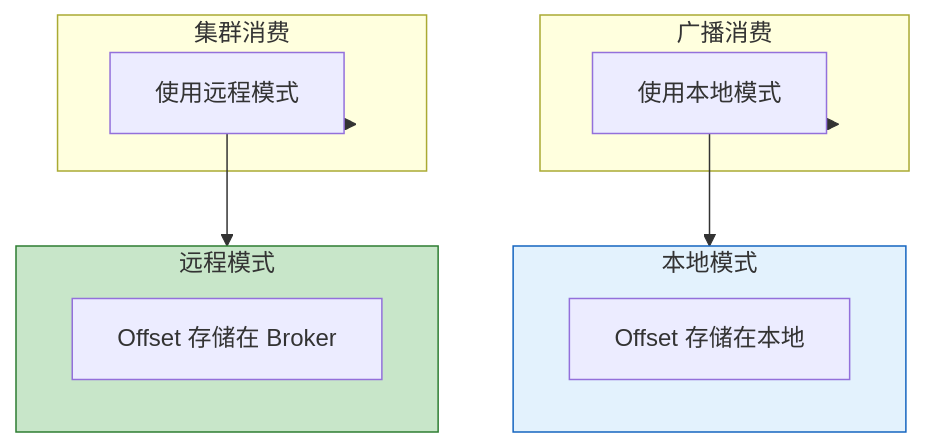
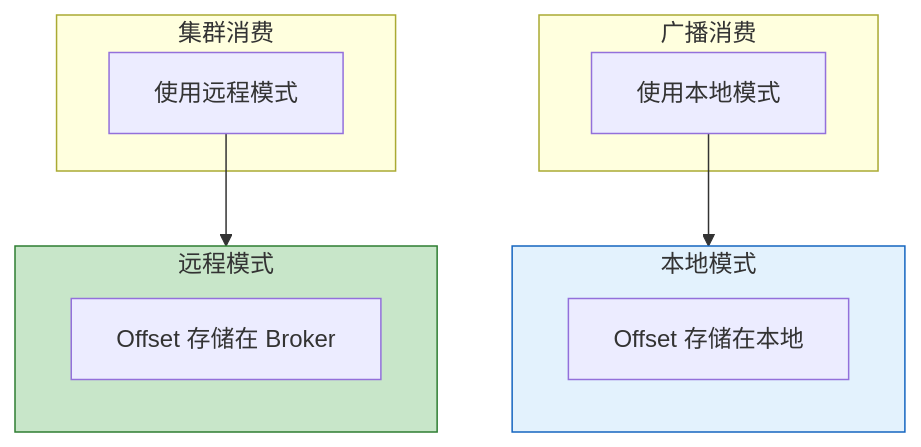
Diagram 13 of 18 in document/消息中间件/RocketMQ 消息中间件详解.md (watslab/interview_doc), drawn with Mermaid before and after one commit. The commit also changed other lines of this file and 2 other files, not shown here.

````diff
--- a/document/消息中间件/RocketMQ 消息中间件详解.md
+++ b/document/消息中间件/RocketMQ 消息中间件详解.md
@@ -547,24 +604,24 @@
 ```mermaid
 flowchart TB
     subgraph Local["本地模式"]
         LocalOffset["Offset 存储在本地"]
     end
     
     subgraph Remote["远程模式"]
         BrokerOffset["Offset 存储在 Broker"]
     end
     
     subgraph Cluster["集群消费"]
         ClusterMode["使用远程模式"]
     end
     
     subgraph Broadcast["广播消费"]
         BroadcastMode["使用本地模式"]
     end
     
-    Cluster --> ClusterMode --> Remote
-    Broadcast --> BroadcastMode --> Local
+    ClusterMode --> Remote
+    BroadcastMode --> Local
     
     style Local fill:#e3f2fd,stroke:#1565c0
     style Remote fill:#c8e6c9,stroke:#2e7d32
 ```
````
